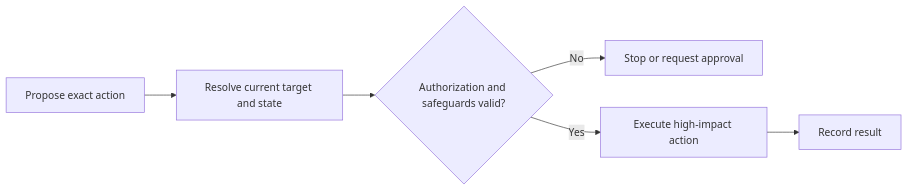
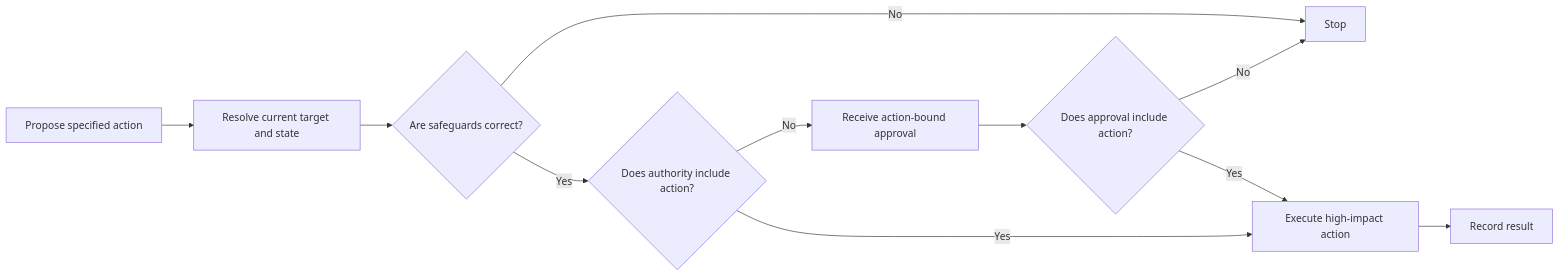
One commit to HomericIntelligence/Athena changed the diagram in docs/principles/details/p061-separate-decision-from-high-impact-execution.md. Above: the diagram before and after it, drawn with Mermaid. The commit also changed other lines of this file and 91 other files, not shown here.

````diff
--- a/docs/principles/details/p061-separate-decision-from-high-impact-execution.md
+++ b/docs/principles/details/p061-separate-decision-from-high-impact-execution.md
@@ -35,8 +36,13 @@
 ```mermaid
 flowchart LR
-    A["Propose exact action"] --> B["Resolve current target and state"]
-    B --> C{"Authorization and safeguards valid?"}
-    C -- "No" --> D["Stop or request approval"]
-    C -- "Yes" --> E["Execute high-impact action"]
-    E --> F["Record result"]
+    A["Propose specified action"] --> B["Resolve current target and state"]
+    B --> C{"Are safeguards correct?"}
+    C -- "No" --> D["Stop"]
+    C -- "Yes" --> E{"Does authority include action?"}
+    E -- "No" --> F["Receive action-bound approval"]
+    F --> G{"Does approval include action?"}
+    G -- "No" --> D
+    G -- "Yes" --> H["Execute high-impact action"]
+    E -- "Yes" --> H
+    H --> I["Record result"]
 ```
````
